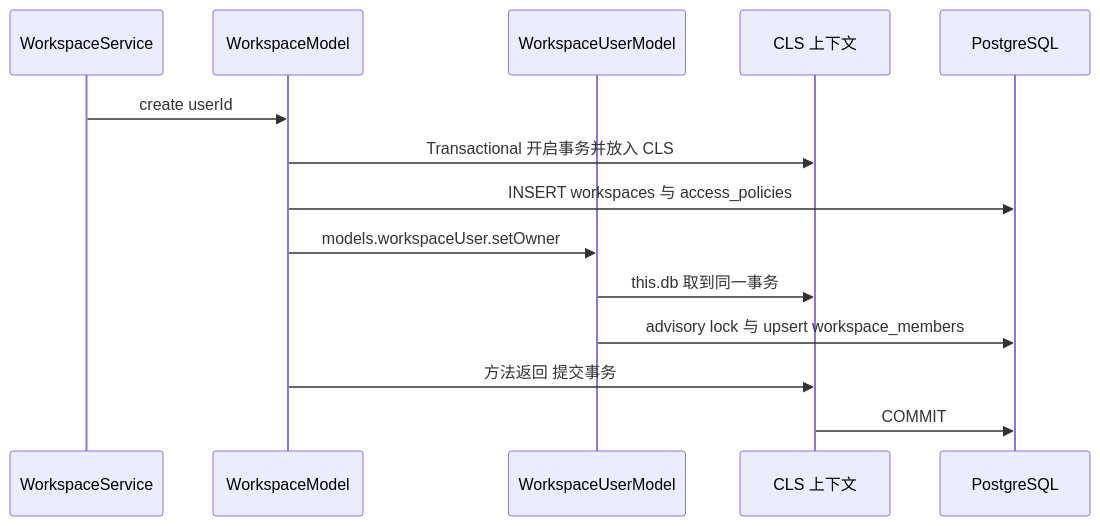
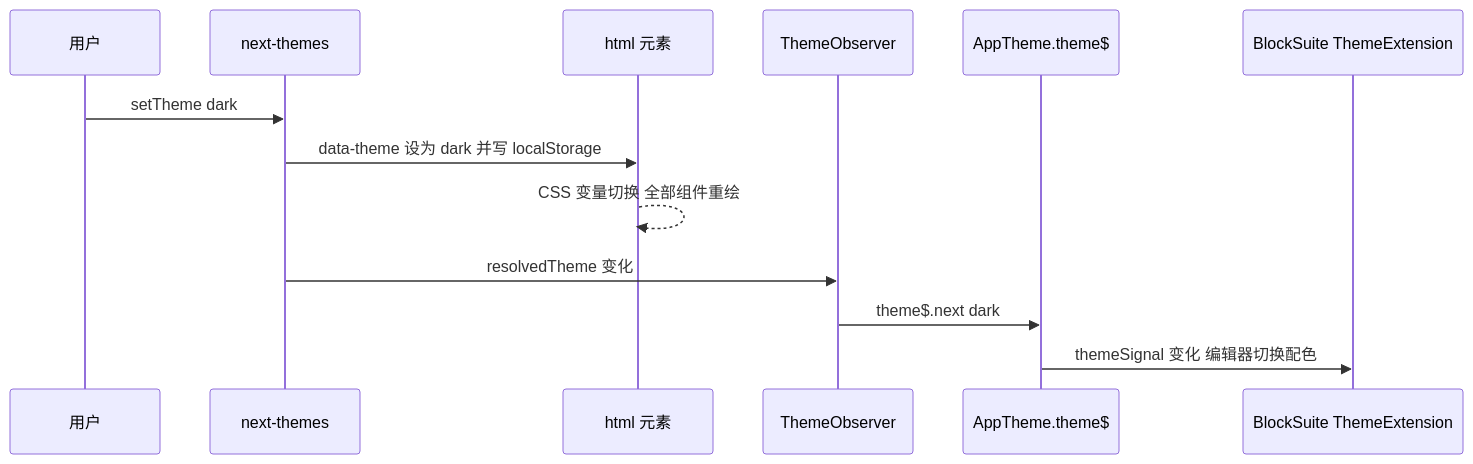
The second of 3 diagrams in learning-guide/slides/decks/22.md (lfire/AFFiNE), drawn with Mermaid before and after one commit. The commit also changed other lines of this file and 73 other files, not shown here.

````diff
--- a/learning-guide/slides/decks/22.md
+++ b/learning-guide/slides/decks/22.md
@@ -458,16 +269,15 @@
 ```mermaid
 sequenceDiagram
-  participant S as WorkspaceService
-  participant W as WorkspaceModel
-  participant U as WorkspaceUserModel
-  participant C as CLS 上下文
-  participant DB as PostgreSQL
-  S->>W: create userId
-  W->>C: Transactional 开启事务并放入 CLS
-  W->>DB: INSERT workspaces 与 access_policies
-  W->>U: models.workspaceUser.setOwner
-  U->>C: this.db 取到同一事务
-  U->>DB: advisory lock 与 upsert workspace_members
-  W->>C: 方法返回 提交事务
-  C->>DB: COMMIT
+  participant U as 用户
+  participant NT as next-themes
+  participant HTML as html 元素
+  participant TO as ThemeObserver
+  participant AT as AppTheme.theme$
+  participant BS as BlockSuite ThemeExtension
+  U->>NT: setTheme dark
+  NT->>HTML: data-theme 设为 dark 并写 localStorage
+  HTML-->>HTML: CSS 变量切换 全部组件重绘
+  NT->>TO: resolvedTheme 变化
+  TO->>AT: theme$.next dark
+  AT->>BS: themeSignal 变化 编辑器切换配色
 ```
````
